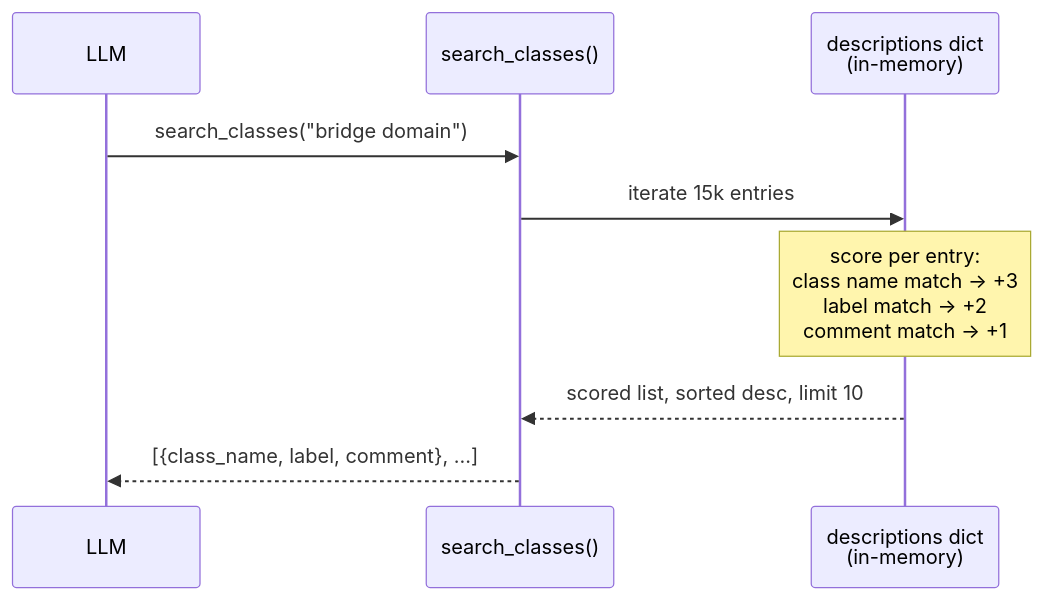
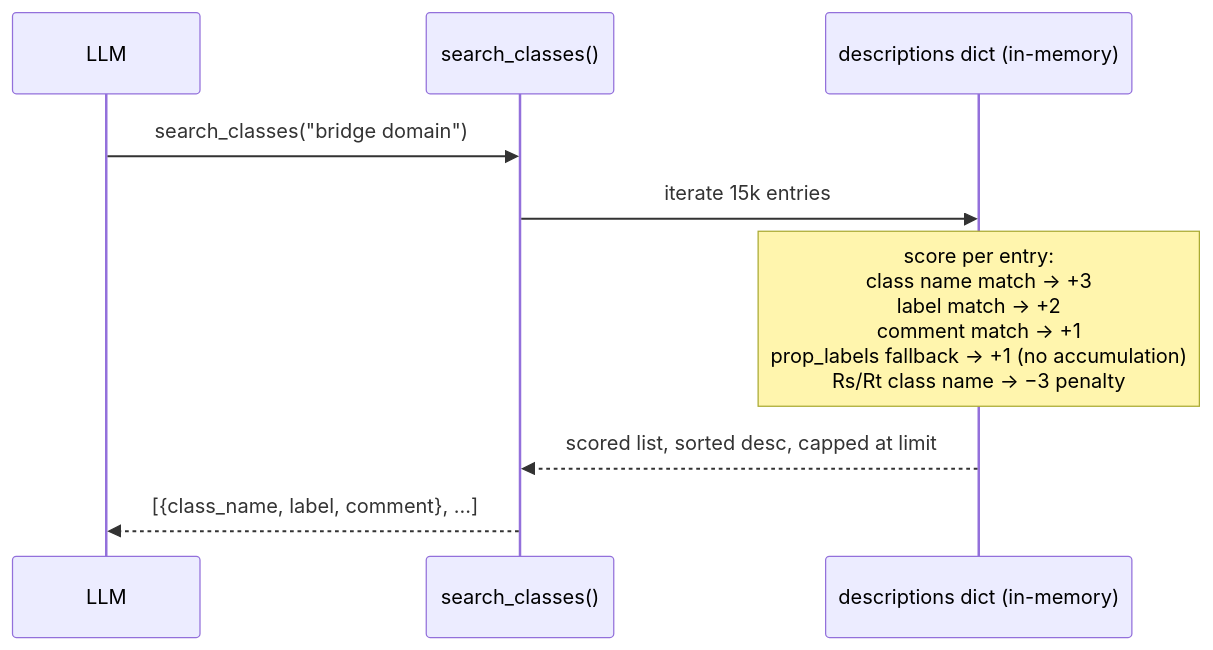
The second of 6 diagrams in docs/architecture/data-flow.md (k3l0-dev/aci-mcp), drawn with Mermaid before and after one commit. The commit also changed other lines of this file and 16 other files, not shown here.

````diff
--- a/docs/architecture/data-flow.md
+++ b/docs/architecture/data-flow.md
@@ -36,12 +36,12 @@
 ```mermaid
 sequenceDiagram
     participant LLM
     participant tool as search_classes()
-    participant desc as descriptions dict<br/>(in-memory)
+    participant desc as descriptions dict (in-memory)
 
     LLM->>tool: search_classes("bridge domain")
     tool->>desc: iterate 15k entries
-    Note over desc: score per entry:<br/>class name match → +3<br/>label match → +2<br/>comment match → +1
-    desc-->>tool: scored list, sorted desc, limit 10
+    Note over desc: score per entry:<br/>class name match → +3<br/>label match → +2<br/>comment match → +1<br/>prop_labels fallback → +1 (no accumulation)<br/>Rs/Rt class name → −3 penalty
+    desc-->>tool: scored list, sorted desc, capped at limit
     tool-->>LLM: [{class_name, label, comment}, ...]
 ```
````
